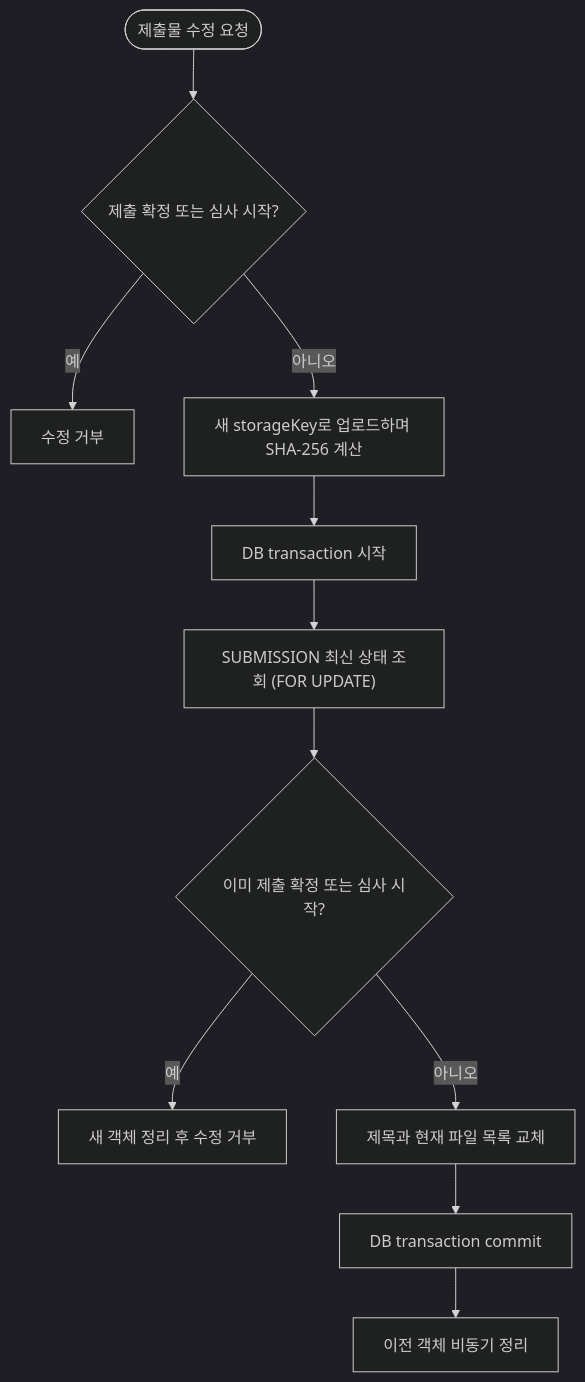
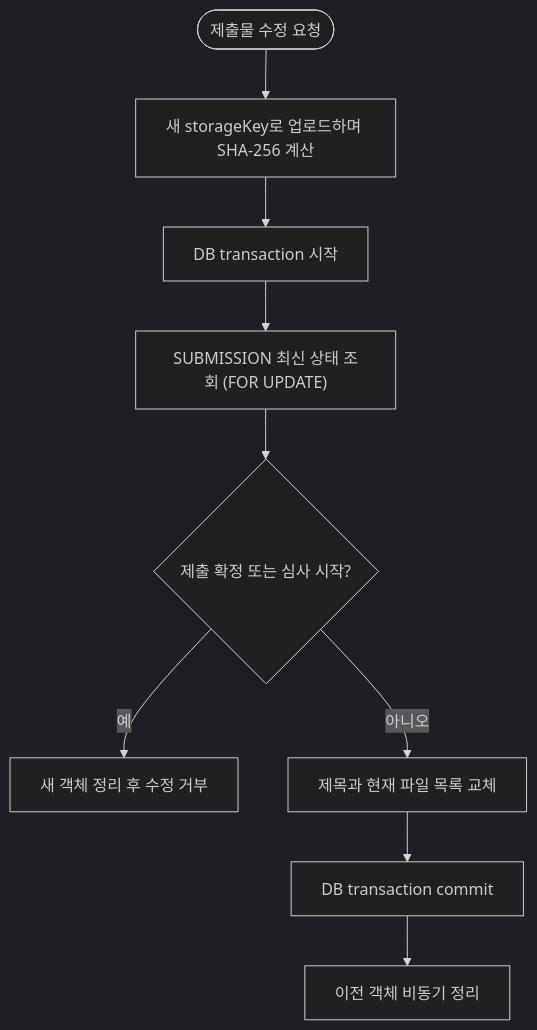
One commit to Tok-Baro/Trekkey_BackEnd changed the eighth of 22 diagrams in docs/architecture-diagrams.md. Above: the diagram before and after it, drawn with Mermaid (dark theme).

Commit message:
docs: remove duplicate submission state check

````diff
--- a/docs/architecture-diagrams.md
+++ b/docs/architecture-diagrams.md
@@ -258,13 +258,11 @@
 ```mermaid
 flowchart TD
-    request(["제출물 수정 요청"]) --> immutable{"제출 확정 또는 심사 시작?"}
-    immutable -->|"예"| reject["수정 거부"]
-    immutable -->|"아니오"| upload["새 storageKey로 업로드하며 SHA-256 계산"]
+    request(["제출물 수정 요청"]) --> upload["새 storageKey로 업로드하며 SHA-256 계산"]
     upload --> transaction["DB transaction 시작"]
     transaction --> latest["SUBMISSION 최신 상태 조회 (FOR UPDATE)"]
-    latest --> recheck{"이미 제출 확정 또는 심사 시작?"}
-    recheck -->|"예"| cleanupNew["새 객체 정리 후 수정 거부"]
-    recheck -->|"아니오"| replace["제목과 현재 파일 목록 교체"]
+    latest --> immutable{"제출 확정 또는 심사 시작?"}
+    immutable -->|"예"| cleanupNew["새 객체 정리 후 수정 거부"]
+    immutable -->|"아니오"| replace["제목과 현재 파일 목록 교체"]
     replace --> commit["DB transaction commit"]
     commit --> cleanupOld["이전 객체 비동기 정리"]
 ```
````
